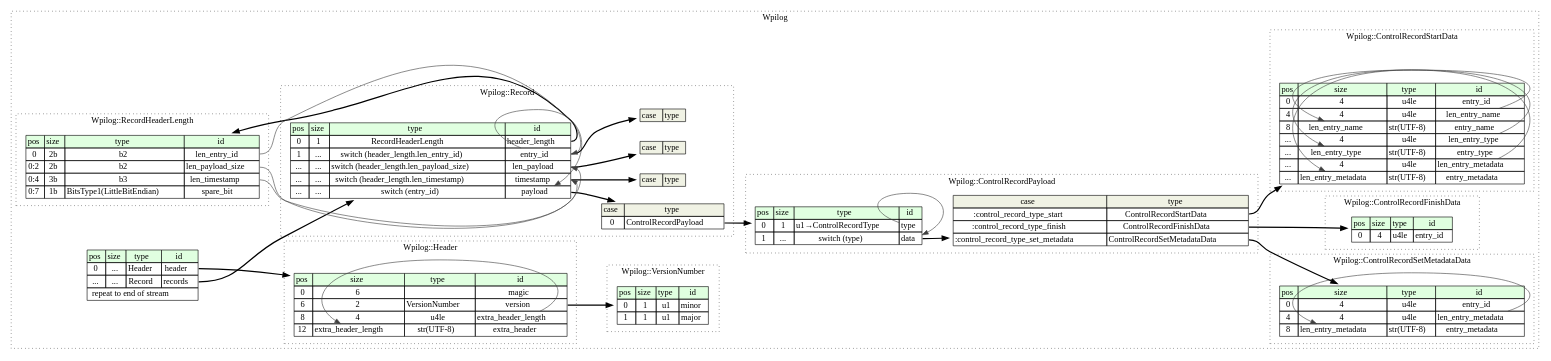
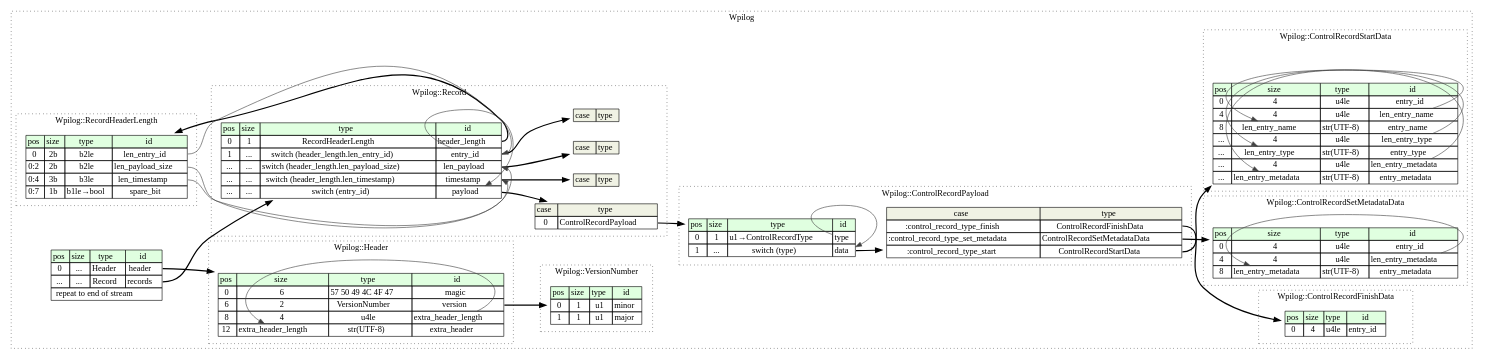
One commit to jonahsnider/kaitai-wpilog changed the diagram in wpilog.dot. Above: the diagram before and after it, drawn with Graphviz. The commit also changed 1 other file, not shown here.

```diff
--- a/wpilog.dot
+++ b/wpilog.dot
@@ -1,149 +1,149 @@
 digraph {
 	rankdir=LR;
 	node [shape=plaintext];
 	subgraph cluster__wpilog {
 		label="Wpilog";
 		graph[style=dotted];
 
 		wpilog__seq [label=<<TABLE BORDER="0" CELLBORDER="1" CELLSPACING="0">
 			<TR><TD BGCOLOR="#E0FFE0">pos</TD><TD BGCOLOR="#E0FFE0">size</TD><TD BGCOLOR="#E0FFE0">type</TD><TD BGCOLOR="#E0FFE0">id</TD></TR>
 			<TR><TD PORT="header_pos">0</TD><TD PORT="header_size">...</TD><TD>Header</TD><TD PORT="header_type">header</TD></TR>
 			<TR><TD PORT="records_pos">...</TD><TD PORT="records_size">...</TD><TD>Record</TD><TD PORT="records_type">records</TD></TR>
 			<TR><TD COLSPAN="4" PORT="records__repeat">repeat to end of stream</TD></TR>
 		</TABLE>>];
-		subgraph cluster__control_record_set_metadata_data {
-			label="Wpilog::ControlRecordSetMetadataData";
+		subgraph cluster__control_record_finish_data {
+			label="Wpilog::ControlRecordFinishData";
 			graph[style=dotted];
 
-			control_record_set_metadata_data__seq [label=<<TABLE BORDER="0" CELLBORDER="1" CELLSPACING="0">
+			control_record_finish_data__seq [label=<<TABLE BORDER="0" CELLBORDER="1" CELLSPACING="0">
 				<TR><TD BGCOLOR="#E0FFE0">pos</TD><TD BGCOLOR="#E0FFE0">size</TD><TD BGCOLOR="#E0FFE0">type</TD><TD BGCOLOR="#E0FFE0">id</TD></TR>
 				<TR><TD PORT="entry_id_pos">0</TD><TD PORT="entry_id_size">4</TD><TD>u4le</TD><TD PORT="entry_id_type">entry_id</TD></TR>
-				<TR><TD PORT="len_entry_metadata_pos">4</TD><TD PORT="len_entry_metadata_size">4</TD><TD>u4le</TD><TD PORT="len_entry_metadata_type">len_entry_metadata</TD></TR>
-				<TR><TD PORT="entry_metadata_pos">8</TD><TD PORT="entry_metadata_size">len_entry_metadata</TD><TD>str(UTF-8)</TD><TD PORT="entry_metadata_type">entry_metadata</TD></TR>
 			</TABLE>>];
 		}
 		subgraph cluster__control_record_payload {
 			label="Wpilog::ControlRecordPayload";
 			graph[style=dotted];
 
 			control_record_payload__seq [label=<<TABLE BORDER="0" CELLBORDER="1" CELLSPACING="0">
 				<TR><TD BGCOLOR="#E0FFE0">pos</TD><TD BGCOLOR="#E0FFE0">size</TD><TD BGCOLOR="#E0FFE0">type</TD><TD BGCOLOR="#E0FFE0">id</TD></TR>
 				<TR><TD PORT="type_pos">0</TD><TD PORT="type_size">1</TD><TD>u1→ControlRecordType</TD><TD PORT="type_type">type</TD></TR>
 				<TR><TD PORT="data_pos">1</TD><TD PORT="data_size">...</TD><TD>switch (type)</TD><TD PORT="data_type">data</TD></TR>
 			</TABLE>>];
 control_record_payload__seq_data_switch [label=<<TABLE BORDER="0" CELLBORDER="1" CELLSPACING="0">
 	<TR><TD BGCOLOR="#F0F2E4">case</TD><TD BGCOLOR="#F0F2E4">type</TD></TR>
-	<TR><TD>:control_record_type_start</TD><TD PORT="case0">ControlRecordStartData</TD></TR>
-	<TR><TD>:control_record_type_finish</TD><TD PORT="case1">ControlRecordFinishData</TD></TR>
-	<TR><TD>:control_record_type_set_metadata</TD><TD PORT="case2">ControlRecordSetMetadataData</TD></TR>
+	<TR><TD>:control_record_type_finish</TD><TD PORT="case0">ControlRecordFinishData</TD></TR>
+	<TR><TD>:control_record_type_set_metadata</TD><TD PORT="case1">ControlRecordSetMetadataData</TD></TR>
+	<TR><TD>:control_record_type_start</TD><TD PORT="case2">ControlRecordStartData</TD></TR>
 </TABLE>>];
 		}
-		subgraph cluster__version_number {
-			label="Wpilog::VersionNumber";
+		subgraph cluster__control_record_set_metadata_data {
+			label="Wpilog::ControlRecordSetMetadataData";
 			graph[style=dotted];
 
-			version_number__seq [label=<<TABLE BORDER="0" CELLBORDER="1" CELLSPACING="0">
-				<TR><TD BGCOLOR="#E0FFE0">pos</TD><TD BGCOLOR="#E0FFE0">size</TD><TD BGCOLOR="#E0FFE0">type</TD><TD BGCOLOR="#E0FFE0">id</TD></TR>
-				<TR><TD PORT="minor_pos">0</TD><TD PORT="minor_size">1</TD><TD>u1</TD><TD PORT="minor_type">minor</TD></TR>
-				<TR><TD PORT="major_pos">1</TD><TD PORT="major_size">1</TD><TD>u1</TD><TD PORT="major_type">major</TD></TR>
-			</TABLE>>];
-		}
-		subgraph cluster__control_record_finish_data {
-			label="Wpilog::ControlRecordFinishData";
-			graph[style=dotted];
-
-			control_record_finish_data__seq [label=<<TABLE BORDER="0" CELLBORDER="1" CELLSPACING="0">
+			control_record_set_metadata_data__seq [label=<<TABLE BORDER="0" CELLBORDER="1" CELLSPACING="0">
 				<TR><TD BGCOLOR="#E0FFE0">pos</TD><TD BGCOLOR="#E0FFE0">size</TD><TD BGCOLOR="#E0FFE0">type</TD><TD BGCOLOR="#E0FFE0">id</TD></TR>
 				<TR><TD PORT="entry_id_pos">0</TD><TD PORT="entry_id_size">4</TD><TD>u4le</TD><TD PORT="entry_id_type">entry_id</TD></TR>
+				<TR><TD PORT="len_entry_metadata_pos">4</TD><TD PORT="len_entry_metadata_size">4</TD><TD>u4le</TD><TD PORT="len_entry_metadata_type">len_entry_metadata</TD></TR>
+				<TR><TD PORT="entry_metadata_pos">8</TD><TD PORT="entry_metadata_size">len_entry_metadata</TD><TD>str(UTF-8)</TD><TD PORT="entry_metadata_type">entry_metadata</TD></TR>
 			</TABLE>>];
 		}
 		subgraph cluster__control_record_start_data {
 			label="Wpilog::ControlRecordStartData";
 			graph[style=dotted];
 
 			control_record_start_data__seq [label=<<TABLE BORDER="0" CELLBORDER="1" CELLSPACING="0">
 				<TR><TD BGCOLOR="#E0FFE0">pos</TD><TD BGCOLOR="#E0FFE0">size</TD><TD BGCOLOR="#E0FFE0">type</TD><TD BGCOLOR="#E0FFE0">id</TD></TR>
 				<TR><TD PORT="entry_id_pos">0</TD><TD PORT="entry_id_size">4</TD><TD>u4le</TD><TD PORT="entry_id_type">entry_id</TD></TR>
 				<TR><TD PORT="len_entry_name_pos">4</TD><TD PORT="len_entry_name_size">4</TD><TD>u4le</TD><TD PORT="len_entry_name_type">len_entry_name</TD></TR>
 				<TR><TD PORT="entry_name_pos">8</TD><TD PORT="entry_name_size">len_entry_name</TD><TD>str(UTF-8)</TD><TD PORT="entry_name_type">entry_name</TD></TR>
 				<TR><TD PORT="len_entry_type_pos">...</TD><TD PORT="len_entry_type_size">4</TD><TD>u4le</TD><TD PORT="len_entry_type_type">len_entry_type</TD></TR>
 				<TR><TD PORT="entry_type_pos">...</TD><TD PORT="entry_type_size">len_entry_type</TD><TD>str(UTF-8)</TD><TD PORT="entry_type_type">entry_type</TD></TR>
 				<TR><TD PORT="len_entry_metadata_pos">...</TD><TD PORT="len_entry_metadata_size">4</TD><TD>u4le</TD><TD PORT="len_entry_metadata_type">len_entry_metadata</TD></TR>
 				<TR><TD PORT="entry_metadata_pos">...</TD><TD PORT="entry_metadata_size">len_entry_metadata</TD><TD>str(UTF-8)</TD><TD PORT="entry_metadata_type">entry_metadata</TD></TR>
 			</TABLE>>];
 		}
 		subgraph cluster__header {
 			label="Wpilog::Header";
 			graph[style=dotted];
 
 			header__seq [label=<<TABLE BORDER="0" CELLBORDER="1" CELLSPACING="0">
 				<TR><TD BGCOLOR="#E0FFE0">pos</TD><TD BGCOLOR="#E0FFE0">size</TD><TD BGCOLOR="#E0FFE0">type</TD><TD BGCOLOR="#E0FFE0">id</TD></TR>
-				<TR><TD PORT="magic_pos">0</TD><TD PORT="magic_size">6</TD><TD></TD><TD PORT="magic_type">magic</TD></TR>
+				<TR><TD PORT="magic_pos">0</TD><TD PORT="magic_size">6</TD><TD>57 50 49 4C 4F 47</TD><TD PORT="magic_type">magic</TD></TR>
 				<TR><TD PORT="version_pos">6</TD><TD PORT="version_size">2</TD><TD>VersionNumber</TD><TD PORT="version_type">version</TD></TR>
 				<TR><TD PORT="extra_header_length_pos">8</TD><TD PORT="extra_header_length_size">4</TD><TD>u4le</TD><TD PORT="extra_header_length_type">extra_header_length</TD></TR>
 				<TR><TD PORT="extra_header_pos">12</TD><TD PORT="extra_header_size">extra_header_length</TD><TD>str(UTF-8)</TD><TD PORT="extra_header_type">extra_header</TD></TR>
 			</TABLE>>];
 		}
 		subgraph cluster__record {
 			label="Wpilog::Record";
 			graph[style=dotted];
 
 			record__seq [label=<<TABLE BORDER="0" CELLBORDER="1" CELLSPACING="0">
 				<TR><TD BGCOLOR="#E0FFE0">pos</TD><TD BGCOLOR="#E0FFE0">size</TD><TD BGCOLOR="#E0FFE0">type</TD><TD BGCOLOR="#E0FFE0">id</TD></TR>
 				<TR><TD PORT="header_length_pos">0</TD><TD PORT="header_length_size">1</TD><TD>RecordHeaderLength</TD><TD PORT="header_length_type">header_length</TD></TR>
 				<TR><TD PORT="entry_id_pos">1</TD><TD PORT="entry_id_size">...</TD><TD>switch (header_length.len_entry_id)</TD><TD PORT="entry_id_type">entry_id</TD></TR>
 				<TR><TD PORT="len_payload_pos">...</TD><TD PORT="len_payload_size">...</TD><TD>switch (header_length.len_payload_size)</TD><TD PORT="len_payload_type">len_payload</TD></TR>
 				<TR><TD PORT="timestamp_pos">...</TD><TD PORT="timestamp_size">...</TD><TD>switch (header_length.len_timestamp)</TD><TD PORT="timestamp_type">timestamp</TD></TR>
 				<TR><TD PORT="payload_pos">...</TD><TD PORT="payload_size">...</TD><TD>switch (entry_id)</TD><TD PORT="payload_type">payload</TD></TR>
 			</TABLE>>];
 record__seq_entry_id_switch [label=<<TABLE BORDER="0" CELLBORDER="1" CELLSPACING="0">
 	<TR><TD BGCOLOR="#F0F2E4">case</TD><TD BGCOLOR="#F0F2E4">type</TD></TR>
 </TABLE>>];
 record__seq_len_payload_switch [label=<<TABLE BORDER="0" CELLBORDER="1" CELLSPACING="0">
 	<TR><TD BGCOLOR="#F0F2E4">case</TD><TD BGCOLOR="#F0F2E4">type</TD></TR>
 </TABLE>>];
 record__seq_timestamp_switch [label=<<TABLE BORDER="0" CELLBORDER="1" CELLSPACING="0">
 	<TR><TD BGCOLOR="#F0F2E4">case</TD><TD BGCOLOR="#F0F2E4">type</TD></TR>
 </TABLE>>];
 record__seq_payload_switch [label=<<TABLE BORDER="0" CELLBORDER="1" CELLSPACING="0">
 	<TR><TD BGCOLOR="#F0F2E4">case</TD><TD BGCOLOR="#F0F2E4">type</TD></TR>
 	<TR><TD>0</TD><TD PORT="case0">ControlRecordPayload</TD></TR>
 </TABLE>>];
 		}
 		subgraph cluster__record_header_length {
 			label="Wpilog::RecordHeaderLength";
 			graph[style=dotted];
 
 			record_header_length__seq [label=<<TABLE BORDER="0" CELLBORDER="1" CELLSPACING="0">
 				<TR><TD BGCOLOR="#E0FFE0">pos</TD><TD BGCOLOR="#E0FFE0">size</TD><TD BGCOLOR="#E0FFE0">type</TD><TD BGCOLOR="#E0FFE0">id</TD></TR>
-				<TR><TD PORT="len_entry_id_pos">0</TD><TD PORT="len_entry_id_size">2b</TD><TD>b2</TD><TD PORT="len_entry_id_type">len_entry_id</TD></TR>
-				<TR><TD PORT="len_payload_size_pos">0:2</TD><TD PORT="len_payload_size_size">2b</TD><TD>b2</TD><TD PORT="len_payload_size_type">len_payload_size</TD></TR>
-				<TR><TD PORT="len_timestamp_pos">0:4</TD><TD PORT="len_timestamp_size">3b</TD><TD>b3</TD><TD PORT="len_timestamp_type">len_timestamp</TD></TR>
-				<TR><TD PORT="spare_bit_pos">0:7</TD><TD PORT="spare_bit_size">1b</TD><TD>BitsType1(LittleBitEndian)</TD><TD PORT="spare_bit_type">spare_bit</TD></TR>
+				<TR><TD PORT="len_entry_id_pos">0</TD><TD PORT="len_entry_id_size">2b</TD><TD>b2le</TD><TD PORT="len_entry_id_type">len_entry_id</TD></TR>
+				<TR><TD PORT="len_payload_size_pos">0:2</TD><TD PORT="len_payload_size_size">2b</TD><TD>b2le</TD><TD PORT="len_payload_size_type">len_payload_size</TD></TR>
+				<TR><TD PORT="len_timestamp_pos">0:4</TD><TD PORT="len_timestamp_size">3b</TD><TD>b3le</TD><TD PORT="len_timestamp_type">len_timestamp</TD></TR>
+				<TR><TD PORT="spare_bit_pos">0:7</TD><TD PORT="spare_bit_size">1b</TD><TD>b1le→bool</TD><TD PORT="spare_bit_type">spare_bit</TD></TR>
+			</TABLE>>];
+		}
+		subgraph cluster__version_number {
+			label="Wpilog::VersionNumber";
+			graph[style=dotted];
+
+			version_number__seq [label=<<TABLE BORDER="0" CELLBORDER="1" CELLSPACING="0">
+				<TR><TD BGCOLOR="#E0FFE0">pos</TD><TD BGCOLOR="#E0FFE0">size</TD><TD BGCOLOR="#E0FFE0">type</TD><TD BGCOLOR="#E0FFE0">id</TD></TR>
+				<TR><TD PORT="minor_pos">0</TD><TD PORT="minor_size">1</TD><TD>u1</TD><TD PORT="minor_type">minor</TD></TR>
+				<TR><TD PORT="major_pos">1</TD><TD PORT="major_size">1</TD><TD>u1</TD><TD PORT="major_type">major</TD></TR>
 			</TABLE>>];
 		}
 	}
 	wpilog__seq:header_type -> header__seq [style=bold];
 	wpilog__seq:records_type -> record__seq [style=bold];
+	control_record_payload__seq:data_type -> control_record_payload__seq_data_switch [style=bold];
+	control_record_payload__seq_data_switch:case0 -> control_record_finish_data__seq [style=bold];
+	control_record_payload__seq_data_switch:case1 -> control_record_set_metadata_data__seq [style=bold];
+	control_record_payload__seq_data_switch:case2 -> control_record_start_data__seq [style=bold];
+	control_record_payload__seq:type_type -> control_record_payload__seq:data_type [color="#404040"];
 	control_record_set_metadata_data__seq:len_entry_metadata_type -> control_record_set_metadata_data__seq:entry_metadata_size [color="#404040"];
-	control_record_payload__seq:data_type -> control_record_payload__seq_data_switch [style=bold];
-	control_record_payload__seq_data_switch:case0 -> control_record_start_data__seq [style=bold];
-	control_record_payload__seq_data_switch:case1 -> control_record_finish_data__seq [style=bold];
-	control_record_payload__seq_data_switch:case2 -> control_record_set_metadata_data__seq [style=bold];
-	control_record_payload__seq:type_type -> control_record_payload__seq:data_type [color="#404040"];
 	control_record_start_data__seq:len_entry_name_type -> control_record_start_data__seq:entry_name_size [color="#404040"];
 	control_record_start_data__seq:len_entry_type_type -> control_record_start_data__seq:entry_type_size [color="#404040"];
 	control_record_start_data__seq:len_entry_metadata_type -> control_record_start_data__seq:entry_metadata_size [color="#404040"];
 	header__seq:version_type -> version_number__seq [style=bold];
 	header__seq:extra_header_length_type -> header__seq:extra_header_size [color="#404040"];
 	record__seq:header_length_type -> record_header_length__seq [style=bold];
 	record__seq:entry_id_type -> record__seq_entry_id_switch [style=bold];
 	record_header_length__seq:len_entry_id_type -> record__seq:entry_id_type [color="#404040"];
 	record__seq:len_payload_type -> record__seq_len_payload_switch [style=bold];
 	record_header_length__seq:len_payload_size_type -> record__seq:len_payload_type [color="#404040"];
 	record__seq:timestamp_type -> record__seq_timestamp_switch [style=bold];
 	record_header_length__seq:len_timestamp_type -> record__seq:timestamp_type [color="#404040"];
 	record__seq:payload_type -> record__seq_payload_switch [style=bold];
 	record__seq_payload_switch:case0 -> control_record_payload__seq [style=bold];
 	record__seq:entry_id_type -> record__seq:payload_type [color="#404040"];
 }
```
